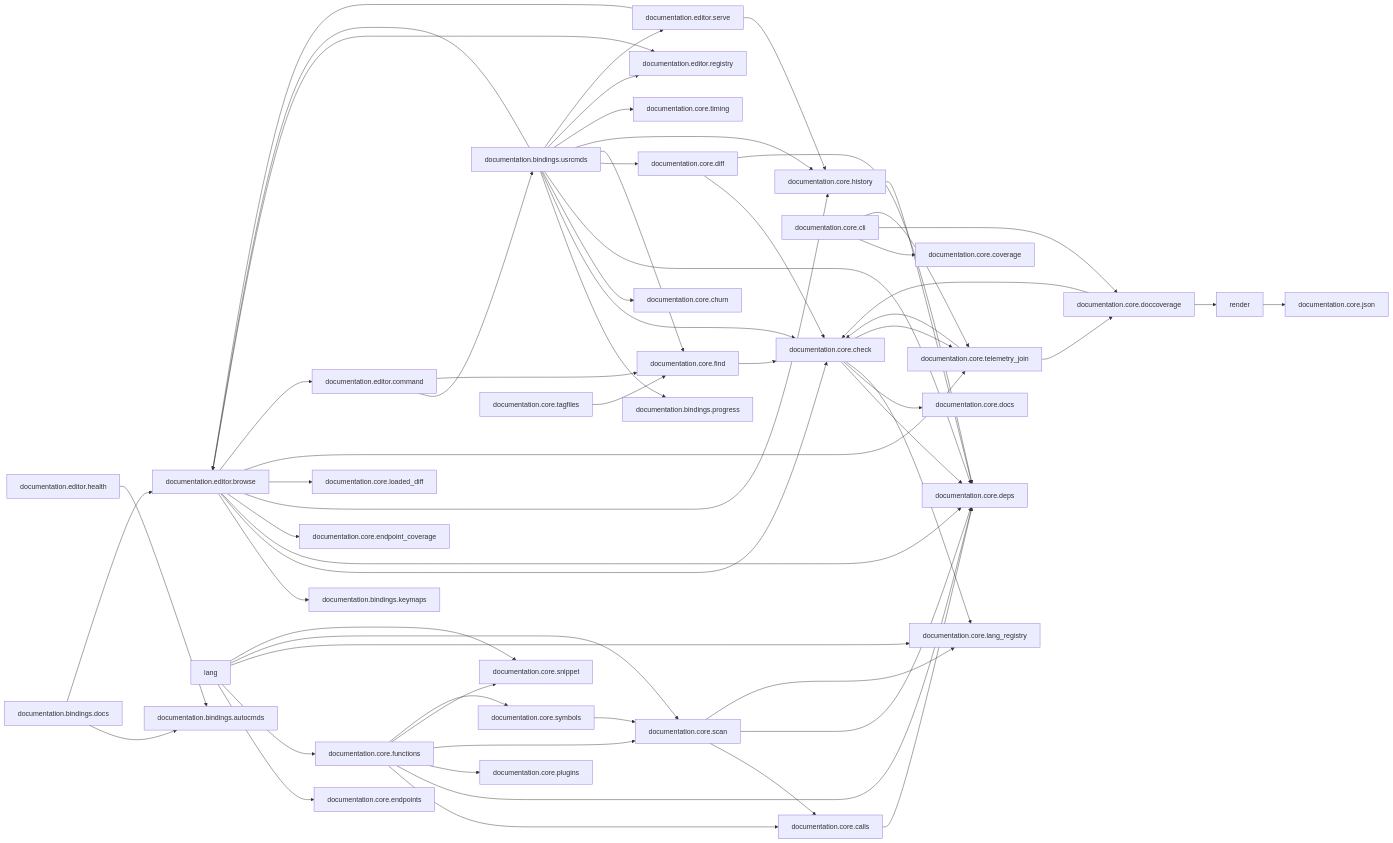
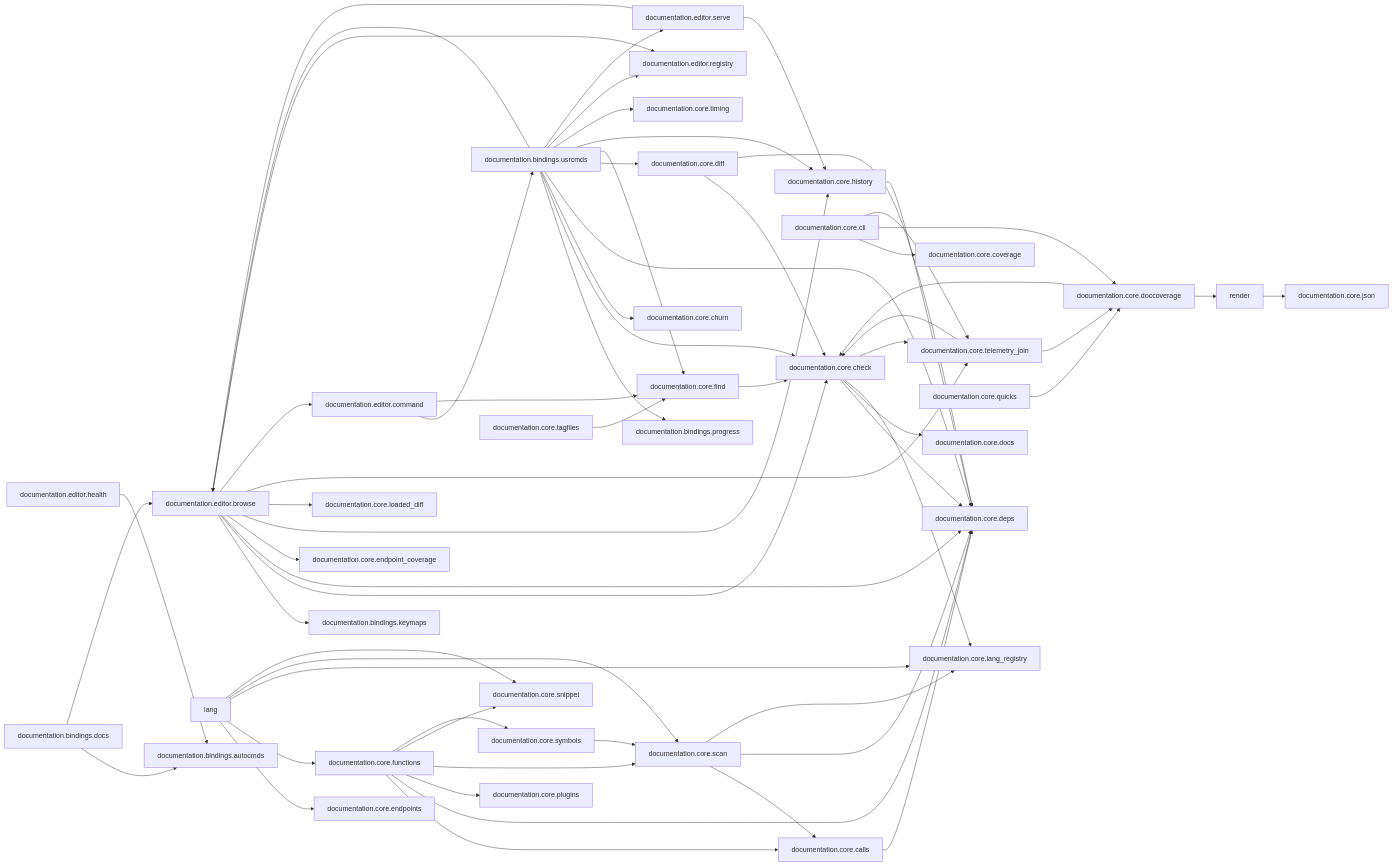
The second of 2 diagrams in docs/map/overview.md (StefanBartl/documentation.nvim), drawn with Mermaid before and after one commit. The commit also changed other lines of this file and 13 other files, not shown here.

```diff
--- a/docs/map/overview.md
+++ b/docs/map/overview.md
@@ -65,6 +65,7 @@
   nlua_documentation_core_lang_registry_lua["documentation.core.lang_registry"]
   nlua_documentation_core_loaded_diff_lua["documentation.core.loaded_diff"]
   nlua_documentation_core_plugins_lua["documentation.core.plugins"]
+  nlua_documentation_core_quicks_lua["documentation.core.quicks"]
   nlua_documentation_core_render["render"]
   nlua_documentation_core_scan_lua["documentation.core.scan"]
   nlua_documentation_core_snippet_lua["documentation.core.snippet"]
@@ -115,6 +116,7 @@
   nlua_documentation_core_lang --> nlua_documentation_core_lang_registry_lua
   nlua_documentation_core_lang --> nlua_documentation_core_scan_lua
   nlua_documentation_core_lang --> nlua_documentation_core_snippet_lua
+  nlua_documentation_core_quicks_lua --> nlua_documentation_core_doccoverage_lua
   nlua_documentation_core_render --> nlua_documentation_core_json_lua
   nlua_documentation_core_scan_lua --> nlua_documentation_core_calls_lua
   nlua_documentation_core_scan_lua --> nlua_documentation_core_deps_lua
```
